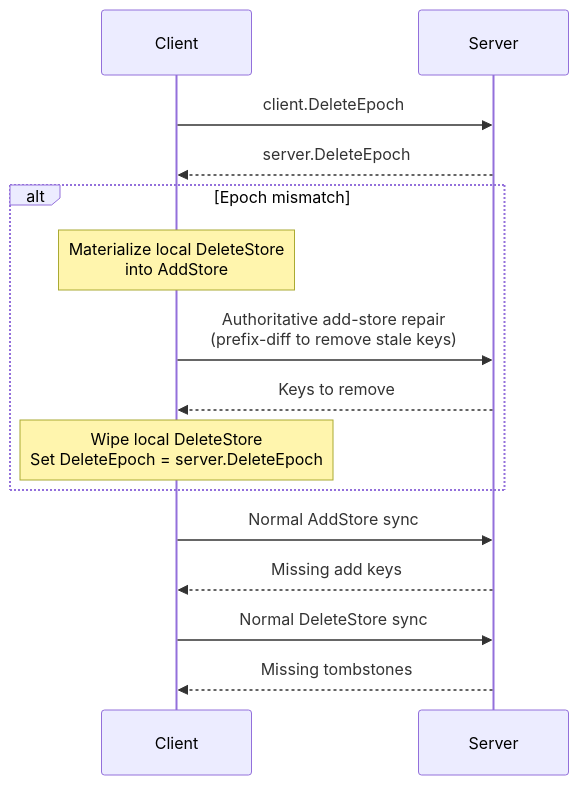
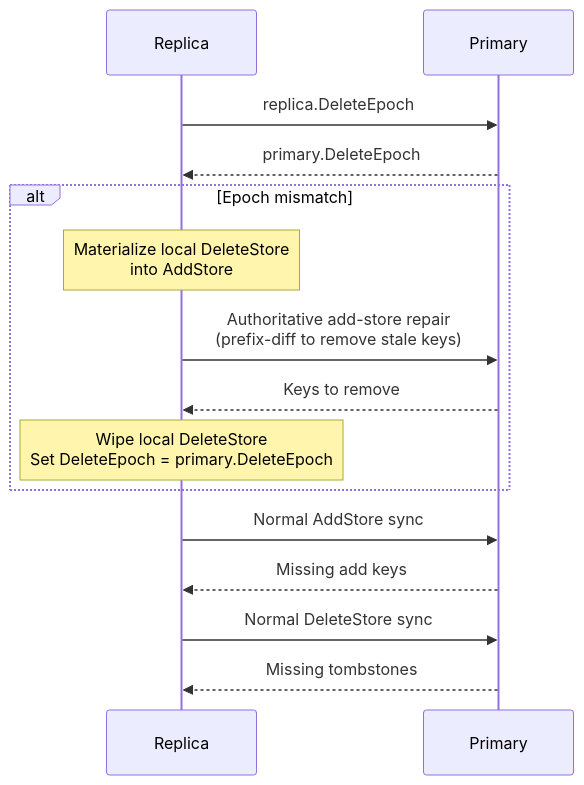
Before and after one commit to arj03/setsum-cs: the eighth of 8 diagrams in SetSum/Sync/README.md, drawn with Mermaid. The commit also changed other lines of this file and 5 other files, not shown here.

Commit message:
Move things around and clear terminology to use primary and replica

````diff
--- a/SetSum/Sync/README.md
+++ b/SetSum/Sync/README.md
@@ -303,20 +303,20 @@
 ```mermaid
 sequenceDiagram
-    participant C as Client
-    participant S as Server
+    participant R as Replica
+    participant P as Primary
 
-    C->>S: client.DeleteEpoch
-    S-->>C: server.DeleteEpoch
+    R->>P: replica.DeleteEpoch
+    P-->>R: primary.DeleteEpoch
 
     alt Epoch mismatch
-        Note over C: Materialize local DeleteStore<br/>into AddStore
-        C->>S: Authoritative add-store repair<br/>(prefix-diff to remove stale keys)
-        S-->>C: Keys to remove
-        Note over C: Wipe local DeleteStore<br/>Set DeleteEpoch = server.DeleteEpoch
+        Note over R: Materialize local DeleteStore<br/>into AddStore
+        R->>P: Authoritative add-store repair<br/>(prefix-diff to remove stale keys)
+        P-->>R: Keys to remove
+        Note over R: Wipe local DeleteStore<br/>Set DeleteEpoch = primary.DeleteEpoch
     end
 
-    C->>S: Normal AddStore sync
-    S-->>C: Missing add keys
-    C->>S: Normal DeleteStore sync
-    S-->>C: Missing tombstones
+    R->>P: Normal AddStore sync
+    P-->>R: Missing add keys
+    R->>P: Normal DeleteStore sync
+    P-->>R: Missing tombstones
 ```
````
